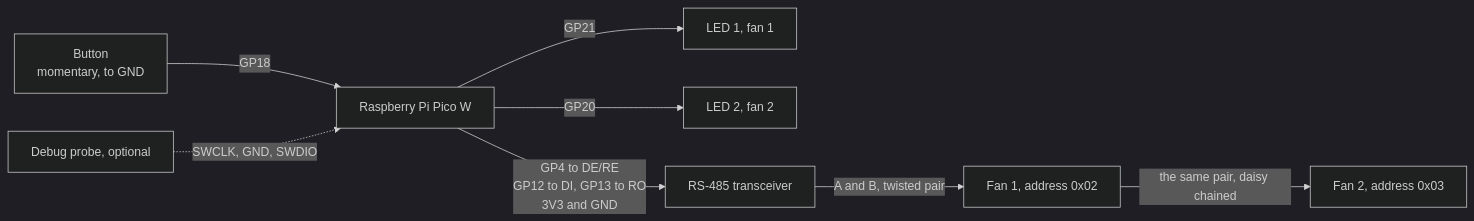
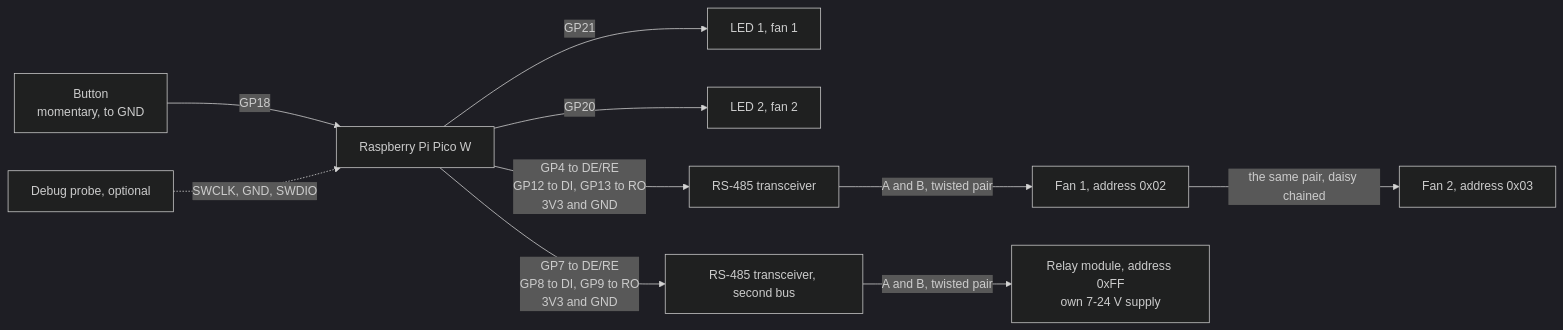
One commit to SantaClaas/embedded-fan-control changed the diagram in fan-controller/documentation.md. Above: the diagram before and after it, drawn with Mermaid (dark theme). The commit also changed other lines of this file and 13 other files, not shown here.

````diff
--- a/fan-controller/documentation.md
+++ b/fan-controller/documentation.md
@@ -73,10 +85,12 @@
 ```mermaid
 flowchart LR
     BUTTON[Button<br/>momentary, to GND] -- GP18 --> PICO
     PICO -- GP21 --> LED1[LED 1, fan 1]
     PICO -- GP20 --> LED2[LED 2, fan 2]
     PICO[Raspberry Pi Pico W] -- "GP4 to DE/RE<br/>GP12 to DI, GP13 to RO<br/>3V3 and GND" --> TRANSCEIVER[RS-485 transceiver]
     TRANSCEIVER -- "A and B, twisted pair" --> FAN1[Fan 1, address 0x02]
     FAN1 -- "the same pair, daisy chained" --> FAN2[Fan 2, address 0x03]
+    PICO -- "GP7 to DE/RE<br/>GP8 to DI, GP9 to RO<br/>3V3 and GND" --> TRANSCEIVER2[RS-485 transceiver, second bus]
+    TRANSCEIVER2 -- "A and B, twisted pair" --> RELAY[Relay module, address 0xFF<br/>own 7-24 V supply]
     PROBE[Debug probe, optional] -. "SWCLK, GND, SWDIO" .-> PICO
 ```
````
